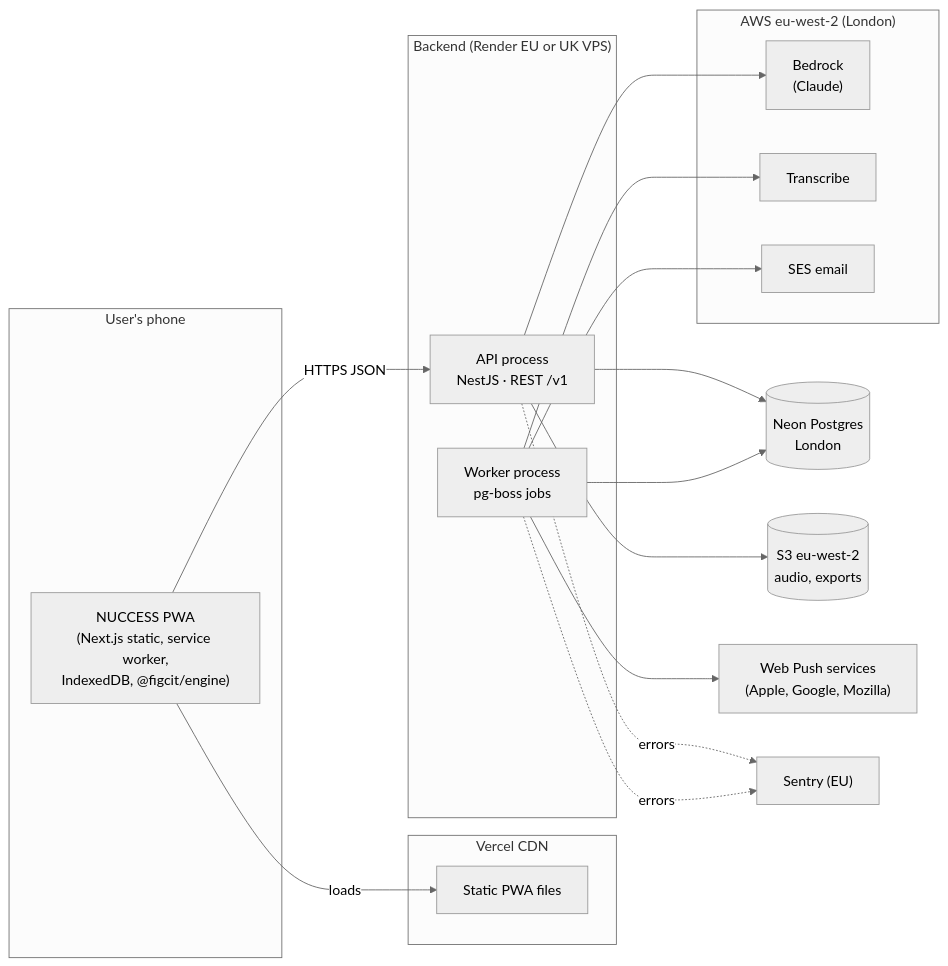
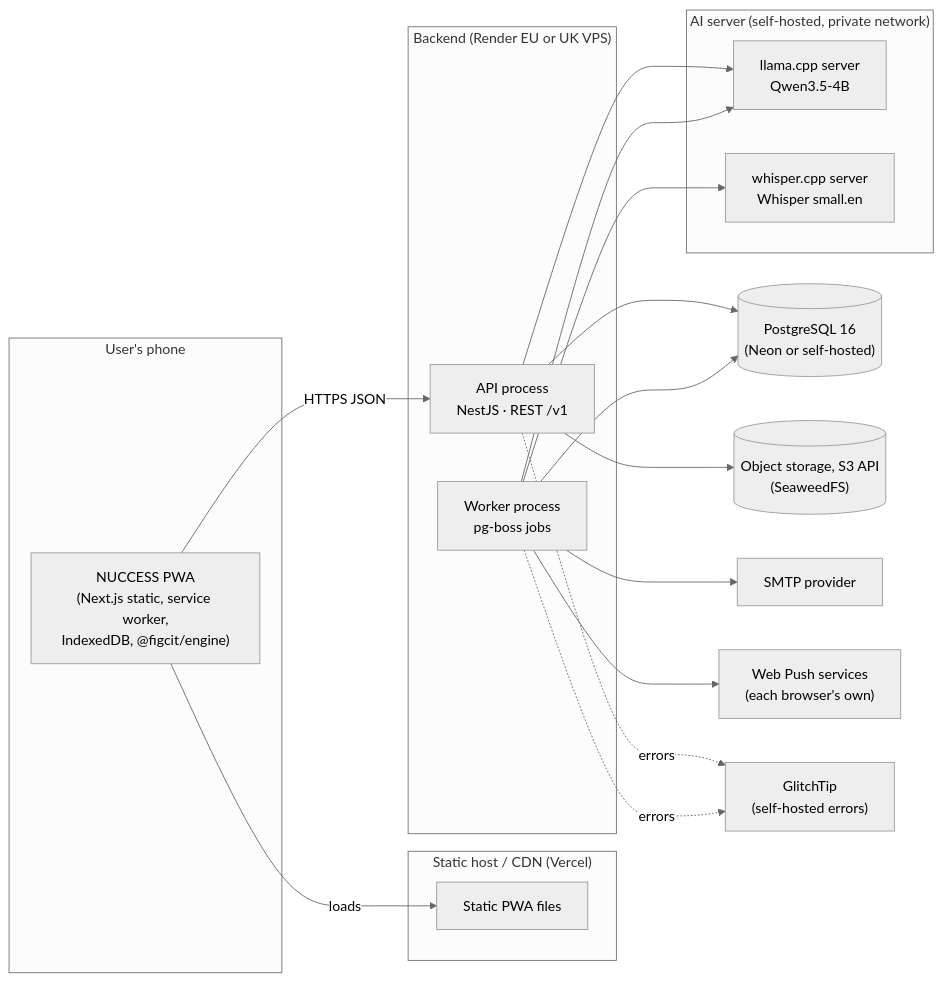
One commit to Twilight-Techy/figcit-backend changed the first of 3 diagrams in docs/SYSTEM_DESIGN.md. Above: the diagram before and after it, drawn with Mermaid (neutral theme). The commit also changed other lines of this file and 1 other file, not shown here.

First line of the commit message:
Switch AI and infrastructure to open-source, self-hosted tools

````diff
--- a/docs/SYSTEM_DESIGN.md
+++ b/docs/SYSTEM_DESIGN.md
@@ -47,34 +47,35 @@
 ```mermaid
 flowchart LR
   subgraph Device["User's phone"]
     PWA["NUCCESS PWA<br/>(Next.js static, service worker,<br/>IndexedDB, @figcit/engine)"]
   end
-  subgraph Edge["Vercel CDN"]
+  subgraph Edge["Static host / CDN (Vercel)"]
     STATIC["Static PWA files"]
   end
   subgraph Server["Backend (Render EU or UK VPS)"]
     API["API process<br/>NestJS · REST /v1"]
     WRK["Worker process<br/>pg-boss jobs"]
   end
-  DB[("Neon Postgres<br/>London")]
-  S3[("S3 eu-west-2<br/>audio, exports")]
-  subgraph AWS["AWS eu-west-2 (London)"]
-    BR["Bedrock<br/>(Claude)"]
-    TR["Transcribe"]
-    SES["SES email"]
+  DB[("PostgreSQL 16<br/>(Neon or self-hosted)")]
+  OBJ[("Object storage, S3 API<br/>(SeaweedFS)")]
+  subgraph AIS["AI server (self-hosted, private network)"]
+    LLM["llama.cpp server<br/>Qwen3.5-4B"]
+    STT["whisper.cpp server<br/>Whisper small.en"]
   end
-  PUSH["Web Push services<br/>(Apple, Google, Mozilla)"]
-  SENTRY["Sentry (EU)"]
+  SMTP["SMTP provider"]
+  PUSH["Web Push services<br/>(each browser's own)"]
+  GT["GlitchTip<br/>(self-hosted errors)"]
 
   PWA -->|loads| STATIC
   PWA -->|HTTPS JSON| API
   API --> DB
   WRK --> DB
-  API --> S3
-  API --> BR
-  WRK --> TR
-  WRK --> SES
+  API --> OBJ
+  API --> LLM
+  WRK --> LLM
+  WRK --> STT
+  WRK --> SMTP
   WRK --> PUSH
-  API -.errors.-> SENTRY
-  WRK -.errors.-> SENTRY
+  API -.errors.-> GT
+  WRK -.errors.-> GT
 ```
````
